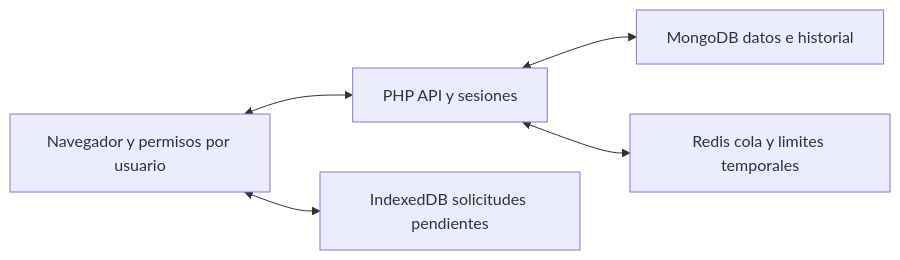
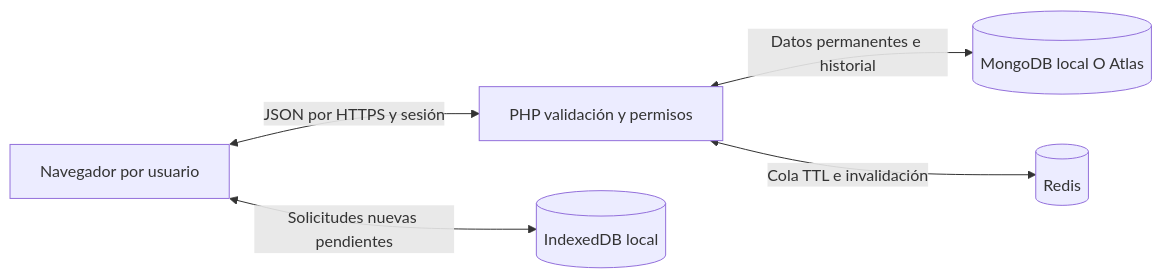
Before and after one commit to vanems96/ProyectoOpenDesk: the diagram in README.md, drawn with Mermaid. The commit also changed other lines of this file and 15 other files, not shown here.

````diff
--- a/README.md
+++ b/README.md
@@ -22,7 +30,7 @@
 ```mermaid
 flowchart LR
-    Cliente[Navegador y permisos por usuario] <--> PHP[PHP API y sesiones]
-    Cliente <--> Pendientes[IndexedDB solicitudes pendientes]
-    PHP <--> Mongo[MongoDB datos e historial]
-    PHP <--> Redis[Redis cola y limites temporales]
+    Navegador[Navegador por usuario] <-->|JSON por HTTPS y sesión| PHP[PHP validación y permisos]
+    Navegador <-->|Solicitudes nuevas pendientes| IndexedDB[(IndexedDB local)]
+    PHP <-->|Datos permanentes e historial| Mongo[(MongoDB local O Atlas)]
+    PHP <-->|Cola TTL e invalidación| Redis[(Redis)]
 ```
````
